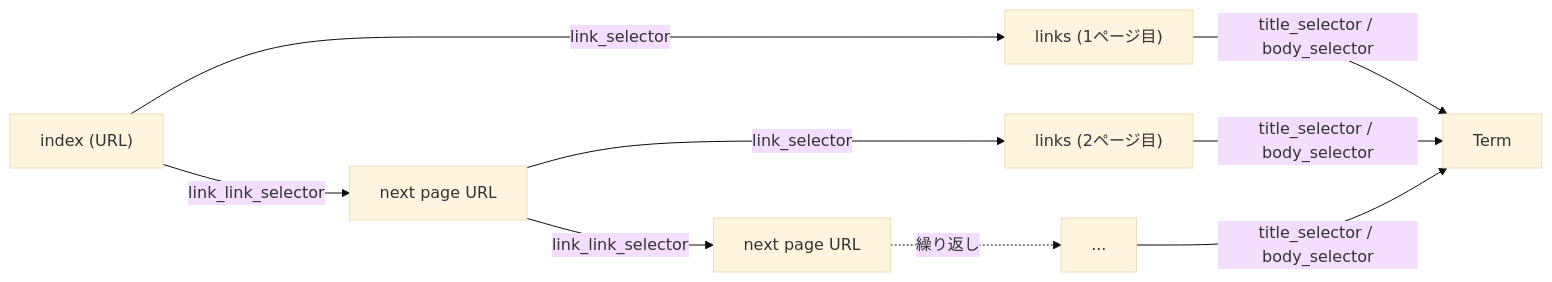
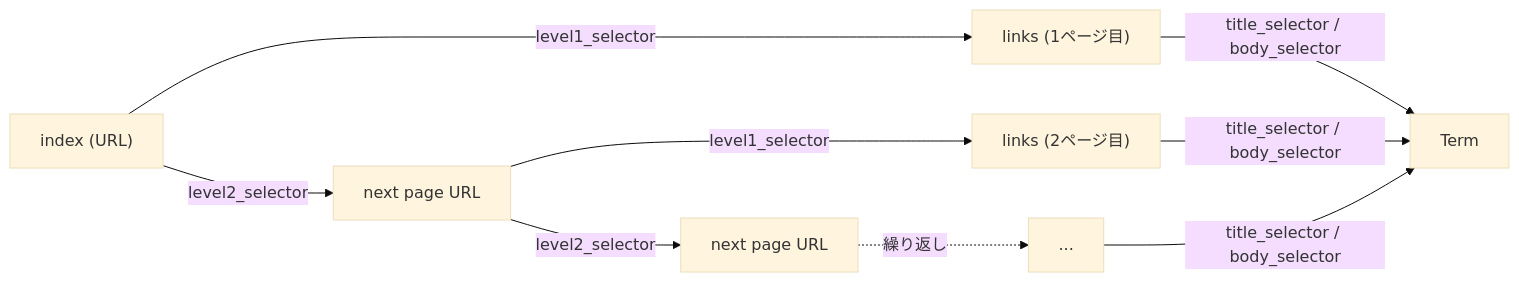
One commit to misogihagi/data-cleanser-rs changed the third of 3 diagrams in docs/flows.md. Above: the diagram before and after it, drawn with Mermaid (base theme). The commit also changed other lines of this file and 5 other files, not shown here.

````diff
--- a/docs/flows.md
+++ b/docs/flows.md
@@ -149,9 +149,9 @@
 ```mermaid
 graph LR
-    Index["index (URL)"] -->|link_selector| L1["links (1ページ目)"]
-    Index -->|link_link_selector| NP["next page URL"]
-    NP -->|link_selector| L2["links (2ページ目)"]
-    NP -->|link_link_selector| NP2["next page URL"]
+    Index["index (URL)"] -->|level1_selector| L1["links (1ページ目)"]
+    Index -->|level2_selector| NP["next page URL"]
+    NP -->|level1_selector| L2["links (2ページ目)"]
+    NP -->|level2_selector| NP2["next page URL"]
     NP2 -.->|繰り返し| MORE["..."]
     L1 & L2 & MORE -->|title_selector / body_selector| T["Term"]
 ```
````
